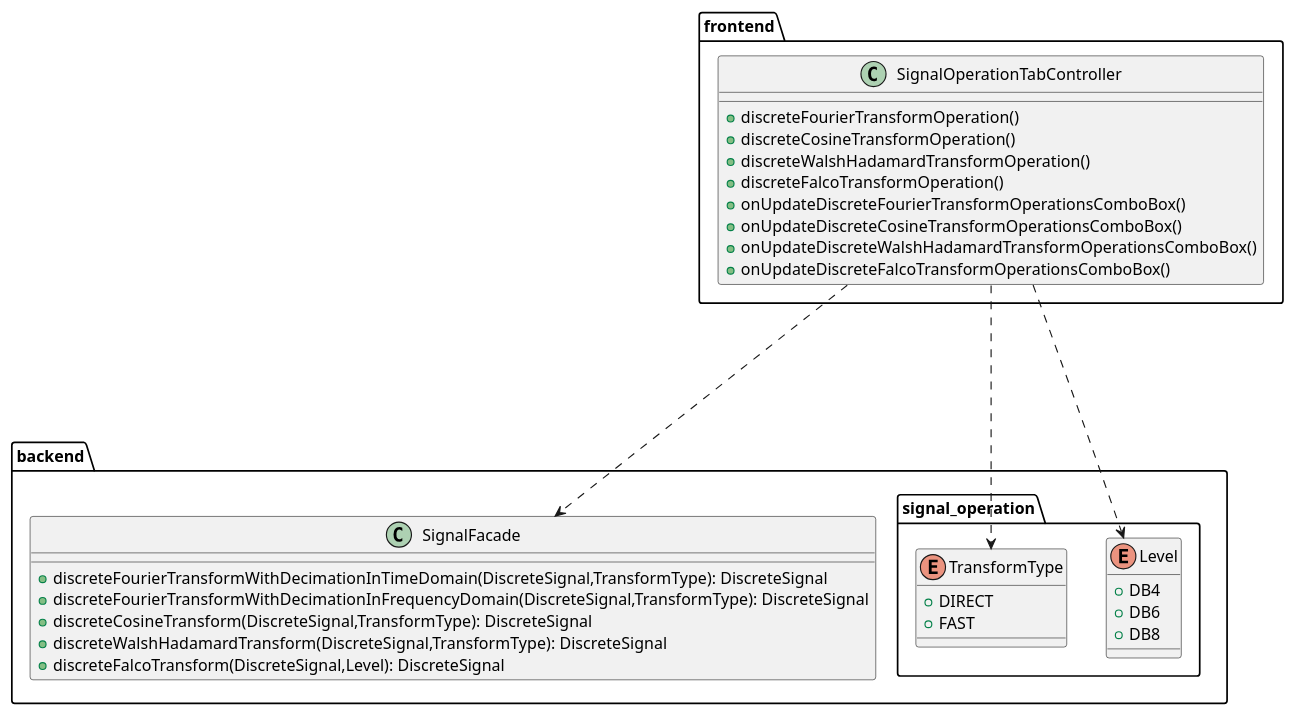
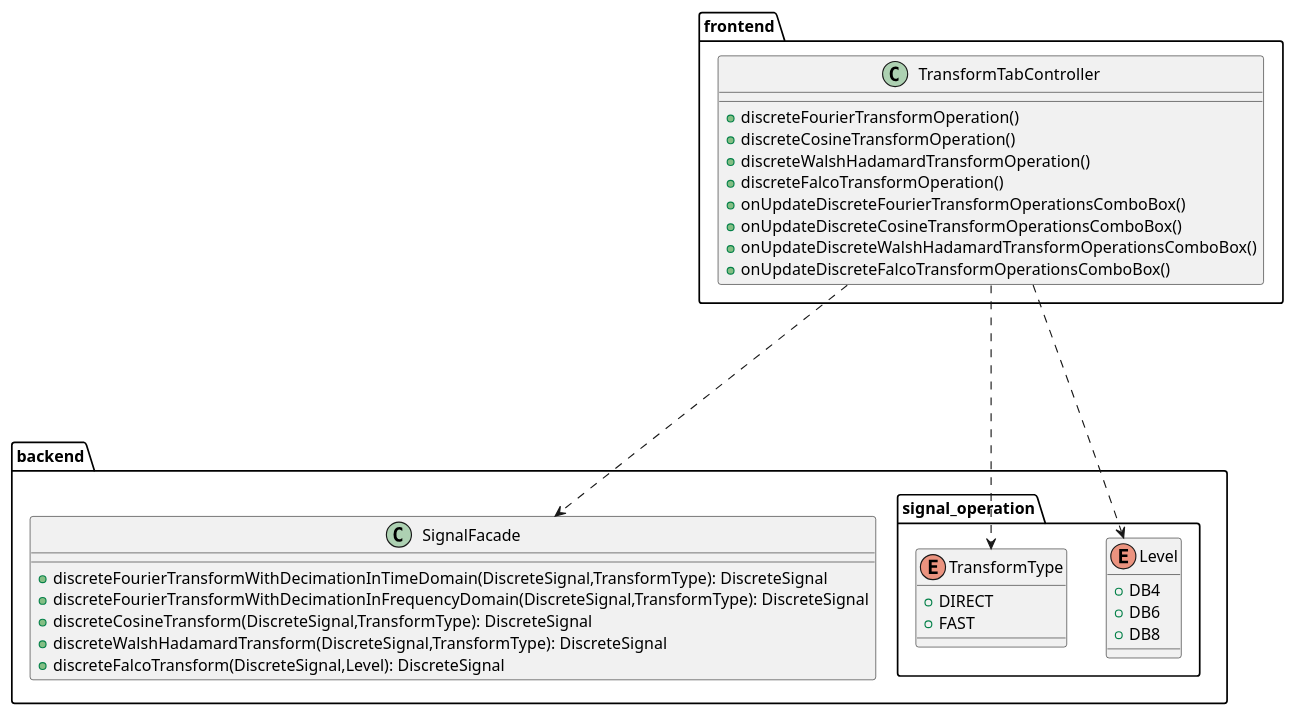
The sixth of 6 diagrams in README.md (RadekBucki/DigitalSignalProcessing), drawn with PlantUML before and after one commit. The commit also changed other lines of this file, not shown here.

Commit message:
#91 New controller for Transform

````diff
--- a/README.md
+++ b/README.md
@@ -715,37 +717,37 @@
 ```plantuml
 package frontend {
-    class SignalOperationTabController {
+    class TransformTabController {
         + discreteFourierTransformOperation()
         + discreteCosineTransformOperation()
         + discreteWalshHadamardTransformOperation()
         + discreteFalcoTransformOperation()
         + onUpdateDiscreteFourierTransformOperationsComboBox()
         + onUpdateDiscreteCosineTransformOperationsComboBox()
         + onUpdateDiscreteWalshHadamardTransformOperationsComboBox()
         + onUpdateDiscreteFalcoTransformOperationsComboBox()
     }
 }
 package backend {
     class SignalFacade {
         + discreteFourierTransformWithDecimationInTimeDomain(DiscreteSignal,TransformType): DiscreteSignal
         + discreteFourierTransformWithDecimationInFrequencyDomain(DiscreteSignal,TransformType): DiscreteSignal
         + discreteCosineTransform(DiscreteSignal,TransformType): DiscreteSignal
         + discreteWalshHadamardTransform(DiscreteSignal,TransformType): DiscreteSignal
         + discreteFalcoTransform(DiscreteSignal,Level): DiscreteSignal
     }
     package signal_operation {
         enum TransformType {
             + DIRECT
             + FAST
         }
         enum Level {
             + DB4
             + DB6
             + DB8
         }
     }
 }
-SignalOperationTabController ....> SignalFacade
-SignalOperationTabController ..> TransformType
-SignalOperationTabController ..> Level
+TransformTabController ....> SignalFacade
+TransformTabController ..> TransformType
+TransformTabController ..> Level
 ```
````
